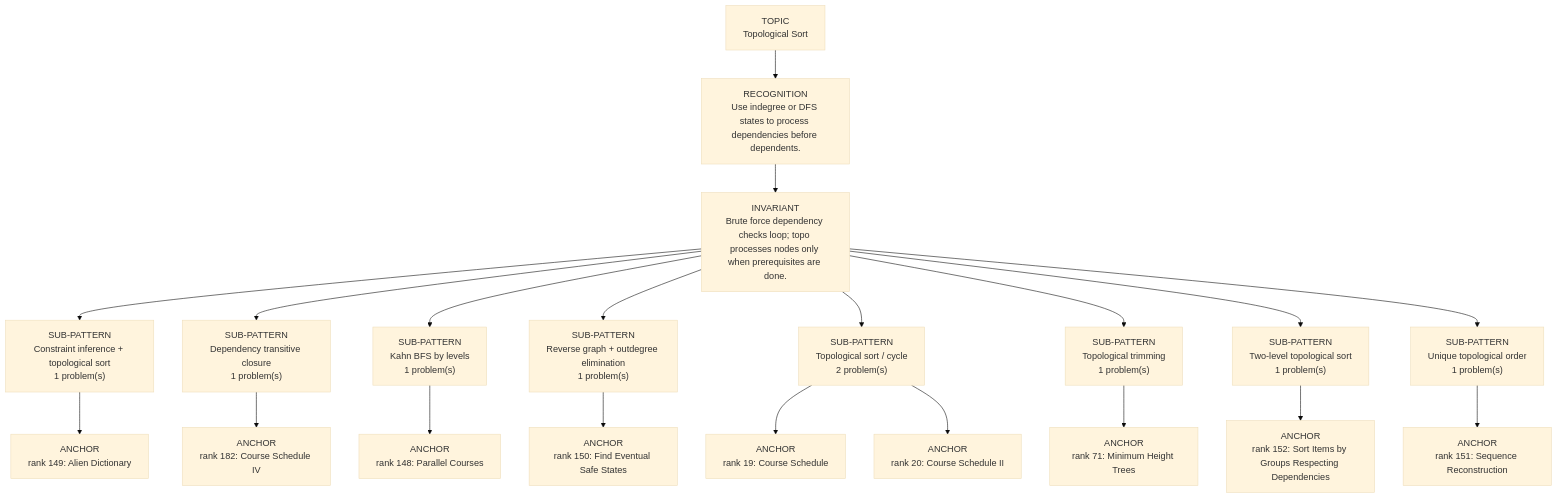
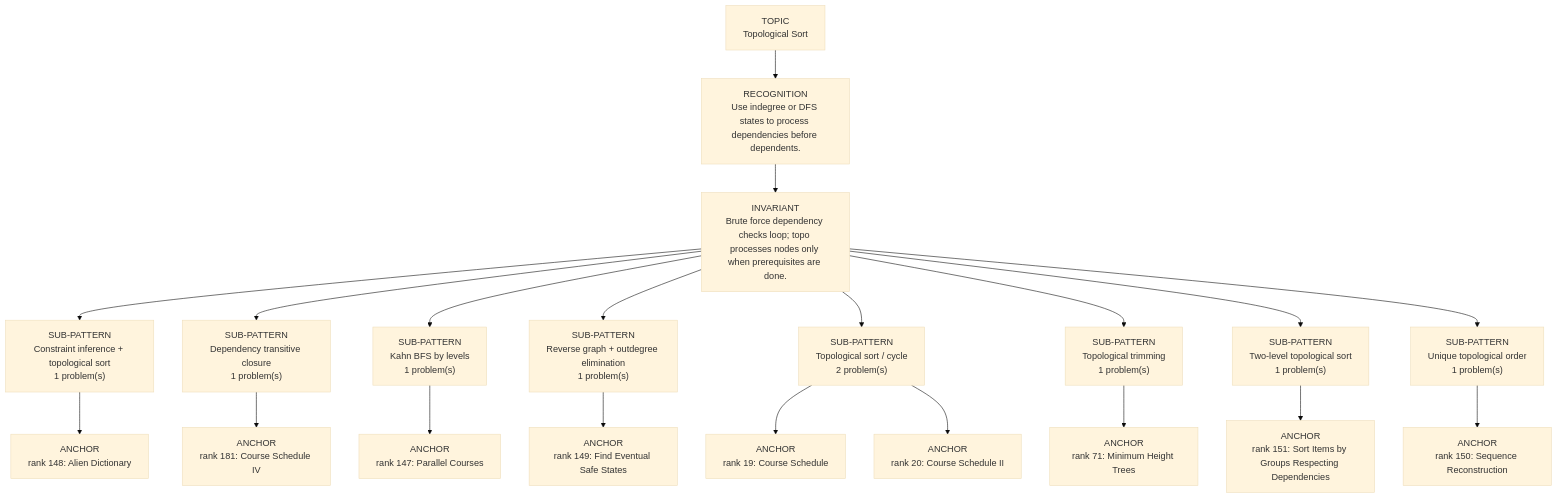
The diagram in dsa-review/interview/patterns/11_topological_sort.md (thechiranjeevjain/DSA10days), drawn with Mermaid (base theme) before and after one commit. The commit also changed other lines of this file and 71 other files, not shown here.

````diff
--- a/dsa-review/interview/patterns/11_topological_sort.md
+++ b/dsa-review/interview/patterns/11_topological_sort.md
@@ -15,24 +15,24 @@
 ```mermaid
 flowchart TD
   Topic["TOPIC<br/>Topological Sort"]
   Recognition["RECOGNITION<br/>Use indegree or DFS states to process dependencies before dependents."]
   Invariant["INVARIANT<br/>Brute force dependency checks loop; topo processes nodes only when prerequisites are done."]
   Topic --> Recognition --> Invariant
   Invariant --> Sub01["SUB-PATTERN<br/>Constraint inference + topological sort<br/>1 problem(s)"]
-  Sub01 --> Sub01A01["ANCHOR<br/>rank 149: Alien Dictionary"]
+  Sub01 --> Sub01A01["ANCHOR<br/>rank 148: Alien Dictionary"]
   Invariant --> Sub02["SUB-PATTERN<br/>Dependency transitive closure<br/>1 problem(s)"]
-  Sub02 --> Sub02A01["ANCHOR<br/>rank 182: Course Schedule IV"]
+  Sub02 --> Sub02A01["ANCHOR<br/>rank 181: Course Schedule IV"]
   Invariant --> Sub03["SUB-PATTERN<br/>Kahn BFS by levels<br/>1 problem(s)"]
-  Sub03 --> Sub03A01["ANCHOR<br/>rank 148: Parallel Courses"]
+  Sub03 --> Sub03A01["ANCHOR<br/>rank 147: Parallel Courses"]
   Invariant --> Sub04["SUB-PATTERN<br/>Reverse graph + outdegree elimination<br/>1 problem(s)"]
-  Sub04 --> Sub04A01["ANCHOR<br/>rank 150: Find Eventual Safe States"]
+  Sub04 --> Sub04A01["ANCHOR<br/>rank 149: Find Eventual Safe States"]
   Invariant --> Sub05["SUB-PATTERN<br/>Topological sort / cycle<br/>2 problem(s)"]
   Sub05 --> Sub05A01["ANCHOR<br/>rank 19: Course Schedule"]
   Sub05 --> Sub05A02["ANCHOR<br/>rank 20: Course Schedule II"]
   Invariant --> Sub06["SUB-PATTERN<br/>Topological trimming<br/>1 problem(s)"]
   Sub06 --> Sub06A01["ANCHOR<br/>rank 71: Minimum Height Trees"]
   Invariant --> Sub07["SUB-PATTERN<br/>Two-level topological sort<br/>1 problem(s)"]
-  Sub07 --> Sub07A01["ANCHOR<br/>rank 152: Sort Items by Groups Respecting Dependencies"]
+  Sub07 --> Sub07A01["ANCHOR<br/>rank 151: Sort Items by Groups Respecting Dependencies"]
   Invariant --> Sub08["SUB-PATTERN<br/>Unique topological order<br/>1 problem(s)"]
-  Sub08 --> Sub08A01["ANCHOR<br/>rank 151: Sequence Reconstruction"]
+  Sub08 --> Sub08A01["ANCHOR<br/>rank 150: Sequence Reconstruction"]
 ```
````
